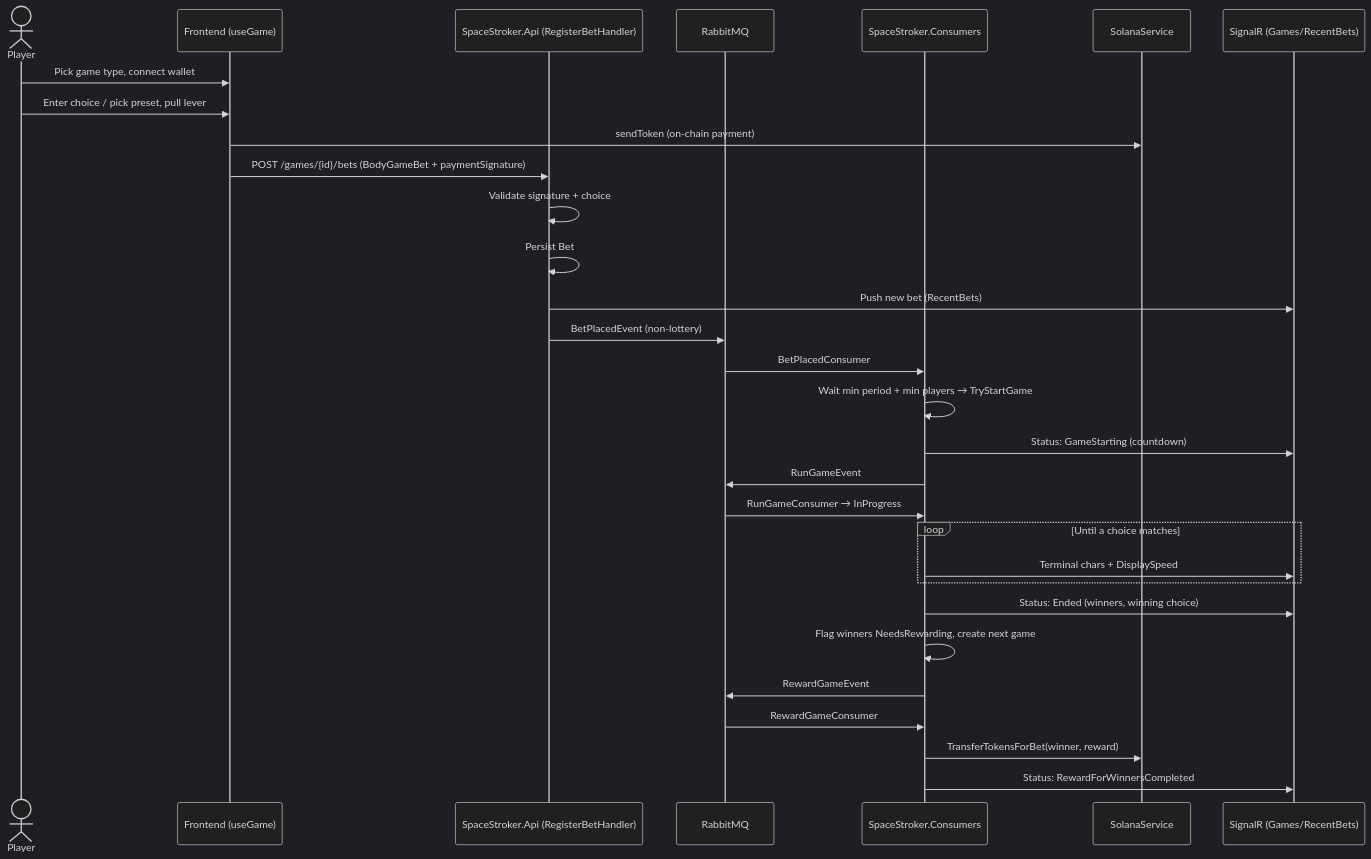
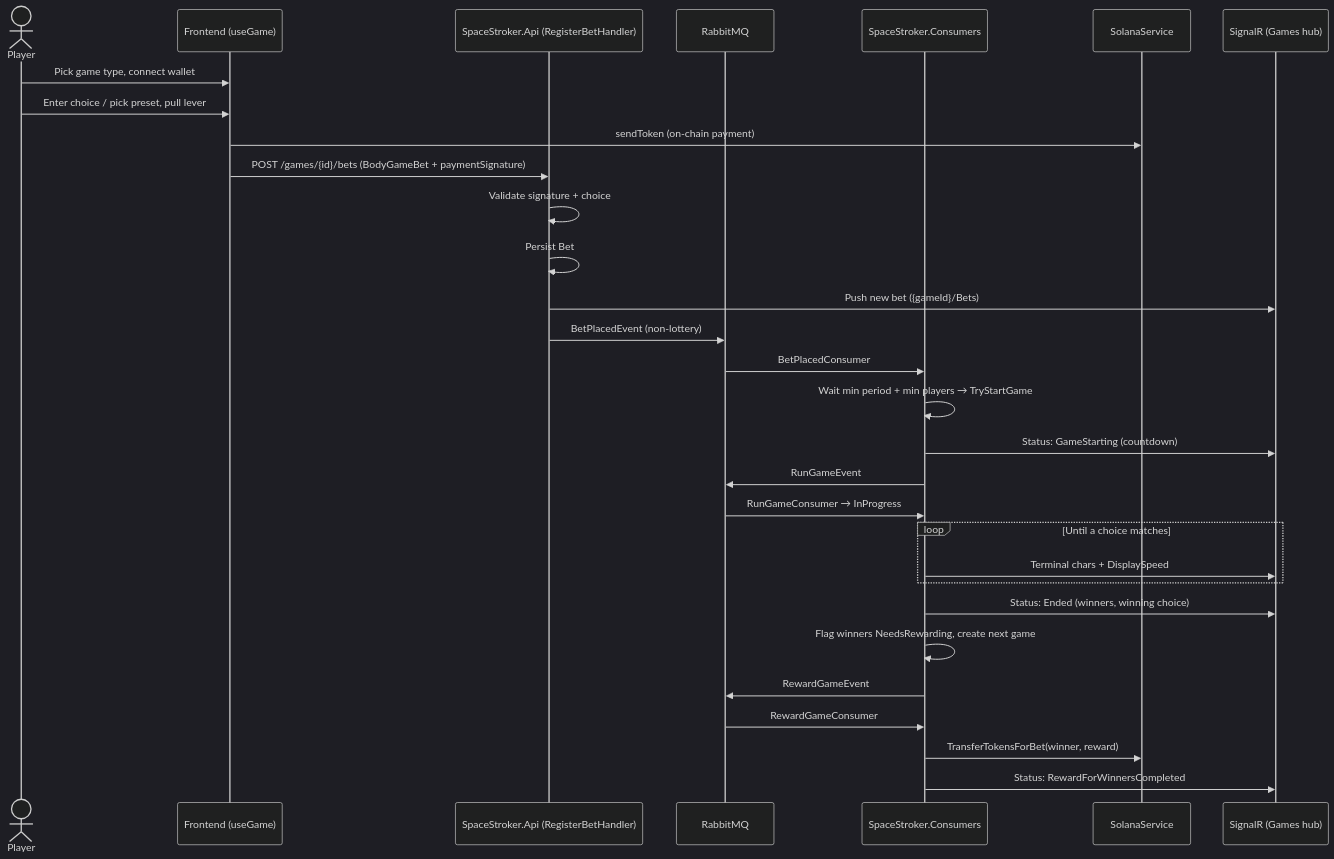
One commit to marcusruas/monkify-meta changed the first of 2 diagrams in features/games.md. Above: the diagram before and after it, drawn with Mermaid (dark theme). The commit also changed other lines of this file and 6 other files, not shown here.

````diff
--- a/features/games.md
+++ b/features/games.md
@@ -351,33 +356,33 @@
 ```mermaid
 sequenceDiagram
     actor Player
     participant FE as Frontend (useGame)
     participant API as SpaceStroker.Api (RegisterBetHandler)
     participant MQ as RabbitMQ
     participant C as SpaceStroker.Consumers
     participant SOL as SolanaService
-    participant WS as SignalR (Games/RecentBets)
+    participant WS as SignalR (Games hub)
 
     Player->>FE: Pick game type, connect wallet
     Player->>FE: Enter choice / pick preset, pull lever
     FE->>SOL: sendToken (on-chain payment)
     FE->>API: POST /games/{id}/bets (BodyGameBet + paymentSignature)
     API->>API: Validate signature + choice
     API->>API: Persist Bet
-    API->>WS: Push new bet (RecentBets)
+    API->>WS: Push new bet ({gameId}/Bets)
     API->>MQ: BetPlacedEvent (non-lottery)
     MQ->>C: BetPlacedConsumer
     C->>C: Wait min period + min players → TryStartGame
     C->>WS: Status: GameStarting (countdown)
     C->>MQ: RunGameEvent
     MQ->>C: RunGameConsumer → InProgress
     loop Until a choice matches
         C->>WS: Terminal chars + DisplaySpeed
     end
     C->>WS: Status: Ended (winners, winning choice)
     C->>C: Flag winners NeedsRewarding, create next game
     C->>MQ: RewardGameEvent
     MQ->>C: RewardGameConsumer
     C->>SOL: TransferTokensForBet(winner, reward)
     C->>WS: Status: RewardForWinnersCompleted
 ```
````
